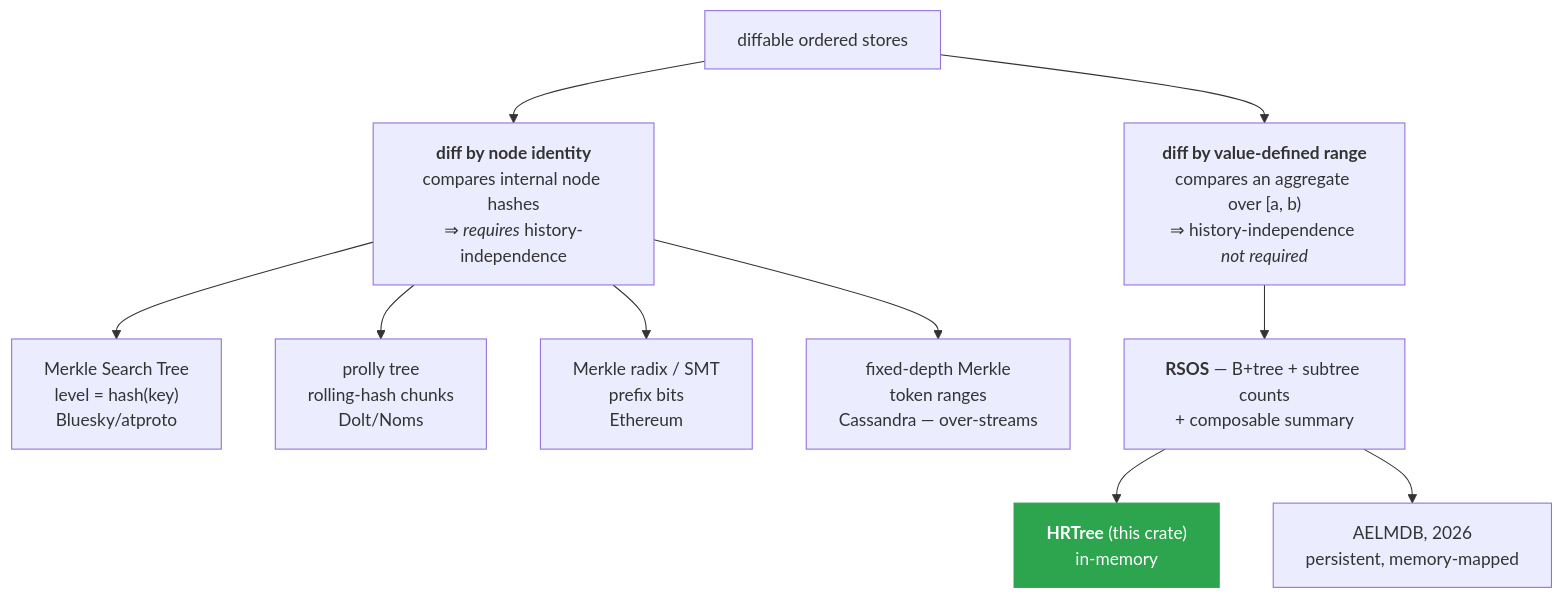
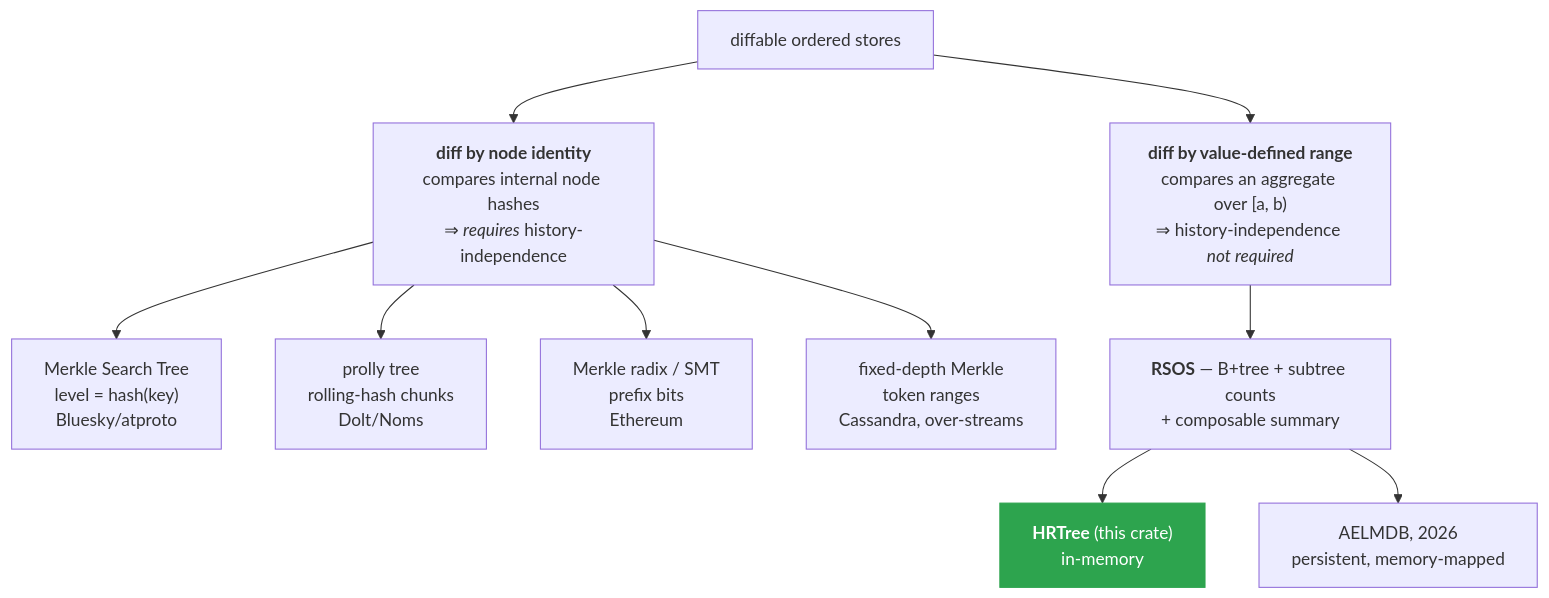
One commit to Akvize/reconcile-rs changed the second of 2 diagrams in SOTA.md. Above: the diagram before and after it, drawn with Mermaid. The commit also changed other lines of this file and 5 other files, not shown here.

````diff
--- a/SOTA.md
+++ b/SOTA.md
@@ -118,15 +94,15 @@
 ```mermaid
 flowchart TD
   root["diffable ordered stores"]
   root --> node["<b>diff by node identity</b><br>compares internal node hashes<br>⇒ <i>requires</i> history-independence"]
   root --> range["<b>diff by value-defined range</b><br>compares an aggregate over [a, b)<br>⇒ history-independence <i>not required</i>"]
   node --> mst["Merkle Search Tree<br>level = hash(key)<br>Bluesky/atproto"]
   node --> prolly["prolly tree<br>rolling-hash chunks<br>Dolt/Noms"]
   node --> radix["Merkle radix / SMT<br>prefix bits<br>Ethereum"]
-  node --> fixed["fixed-depth Merkle<br>token ranges<br>Cassandra — over-streams"]
+  node --> fixed["fixed-depth Merkle<br>token ranges<br>Cassandra, over-streams"]
   range --> rsos["<b>RSOS</b> — B+tree + subtree counts<br>+ composable summary"]
   rsos --> hr["<b>HRTree</b> (this crate)<br>in-memory"]
   rsos --> ael["AELMDB, 2026<br>persistent, memory-mapped"]
   hr:::self
   classDef self fill:#2da44e,color:#fff,stroke:#2da44e
 ```
````
